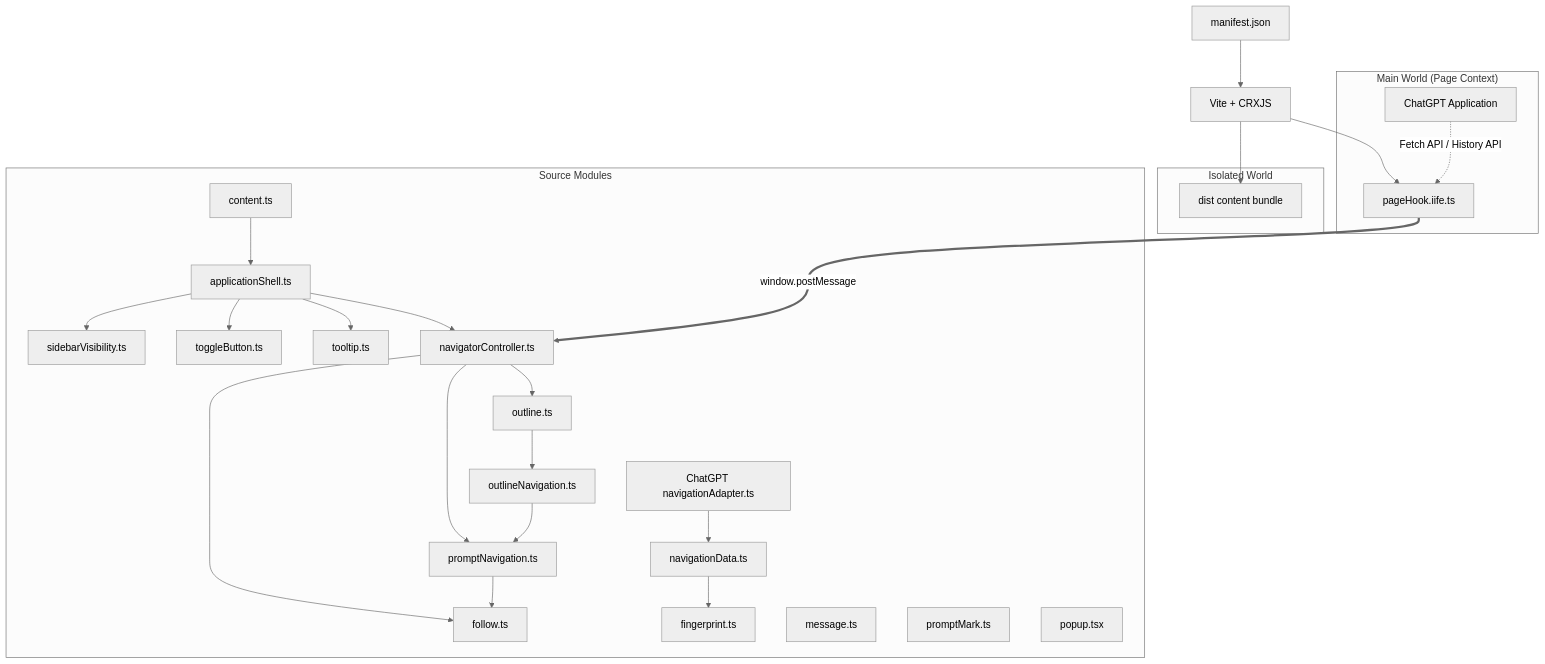
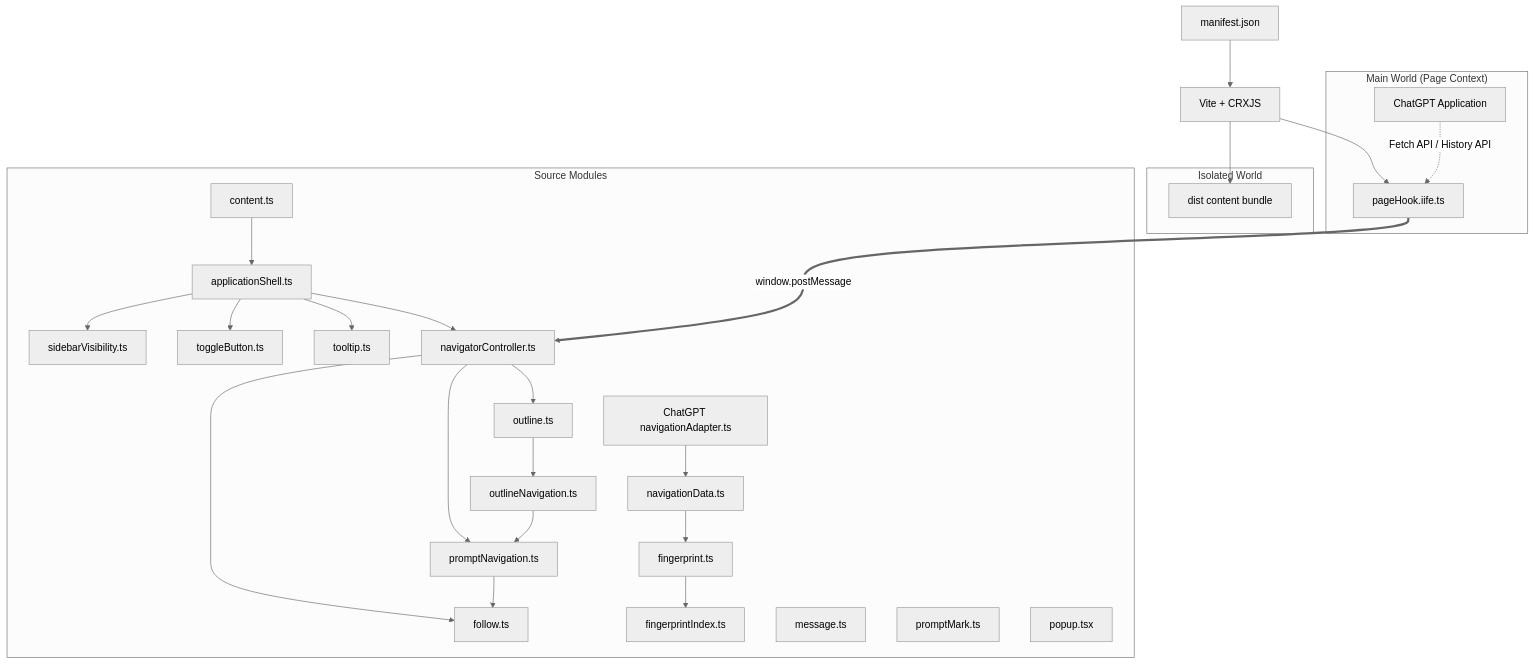
Before and after one commit to Leo7805/luna-toc: the diagram in docs/ARCHITECTURE.md, drawn with Mermaid (neutral theme). The commit also changed other lines of this file and 5 other files, not shown here.

Commit message:
feat(navigation): build batched prompt fingerprint index

````diff
--- a/docs/ARCHITECTURE.md
+++ b/docs/ARCHITECTURE.md
@@ -15,52 +15,54 @@
 ```mermaid
 graph TD
     manifest[manifest.json]
     vite[Vite + CRXJS]
 
     subgraph sourceModules["Source Modules"]
         content[content.ts]
         outline[outline.ts]
         outlineNavigation[outlineNavigation.ts]
         follow[follow.ts]
         promptNavigation[promptNavigation.ts]
         navigationData[navigationData.ts]
         fingerprint[fingerprint.ts]
+        fingerprintIndex[fingerprintIndex.ts]
         chatGptAdapter[ChatGPT navigationAdapter.ts]
         msg[message.ts]
         mark[promptMark.ts]
         vis[sidebarVisibility.ts]
         btn[toggleButton.ts]
         tip[tooltip.ts]
         navigator[navigatorController.ts]
         shell[applicationShell.ts]
         popup[popup.tsx]
     end
 
     subgraph isolatedWorld["Isolated World"]
         contentBundle[dist content bundle]
     end
 
     subgraph mainWorld["Main World (Page Context)"]
         hook[pageHook.iife.ts]
         chatgpt[ChatGPT Application]
     end
 
     manifest --> vite
     content --> shell
     shell --> navigator
     shell --> vis
     shell --> btn
     shell --> tip
     navigator --> outline
     navigator --> promptNavigation
     chatGptAdapter --> navigationData
     navigationData --> fingerprint
+    fingerprint --> fingerprintIndex
     navigator --> follow
     outline --> outlineNavigation
     outlineNavigation --> promptNavigation
     promptNavigation --> follow
     vite --> contentBundle
     vite --> hook
     hook ===>|window.postMessage| navigator
     chatgpt -.->|Fetch API / History API| hook
 ```
````
